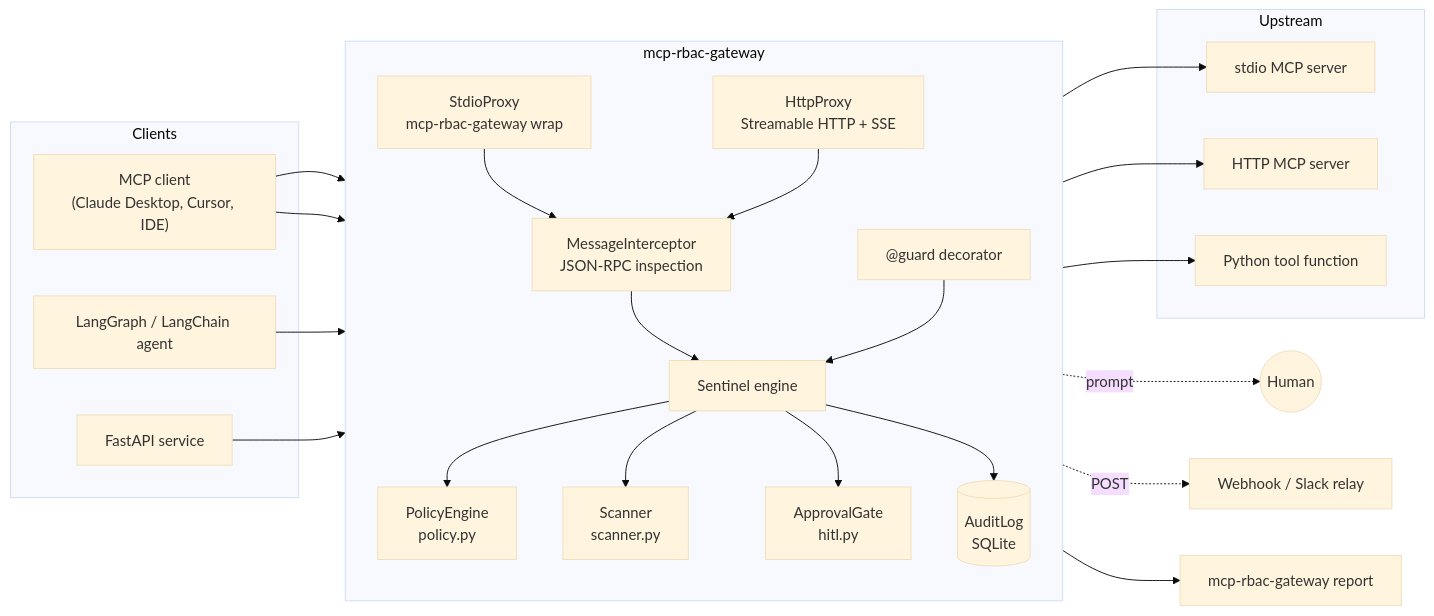
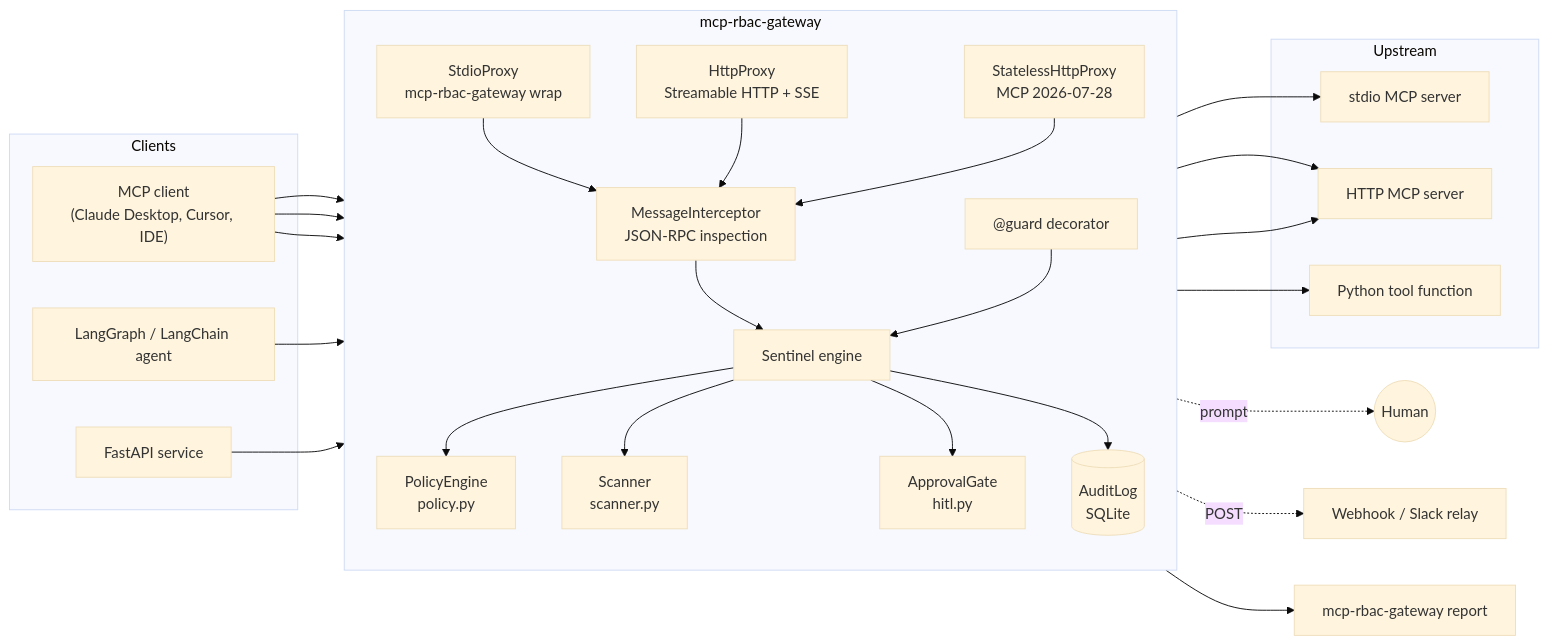
The first of 3 diagrams in README.md (pavankalyan-Maturi/mcp-rbac-gateway), drawn with Mermaid (base theme) before and after one commit. The commit also changed other lines of this file and 16 other files, not shown here.

First line of the commit message:
Add stateless MCP 2026-07-28 support (v0.2.0)

````diff
--- a/README.md
+++ b/README.md
@@ -161,43 +166,46 @@
 ```mermaid
 flowchart LR
     subgraph Clients
         A1["MCP client<br/>(Claude Desktop, Cursor, IDE)"]
         A2["LangGraph / LangChain agent"]
         A3["FastAPI service"]
     end
 
     subgraph Sentinel["mcp-rbac-gateway"]
         direction TB
         T1["StdioProxy<br/>mcp-rbac-gateway wrap"]
         T2["HttpProxy<br/>Streamable HTTP + SSE"]
+        T4["StatelessHttpProxy<br/>MCP 2026-07-28"]
         T3["@guard decorator"]
         I["MessageInterceptor<br/>JSON-RPC inspection"]
         S["Sentinel engine"]
         P["PolicyEngine<br/>policy.py"]
         SC["Scanner<br/>scanner.py"]
         H["ApprovalGate<br/>hitl.py"]
         AU[("AuditLog<br/>SQLite")]
         T1 --> I
         T2 --> I
+        T4 --> I
         I --> S
         T3 --> S
         S --> P
         S --> SC
         S --> H
         S --> AU
     end
 
     subgraph Upstream
         U1["stdio MCP server"]
         U2["HTTP MCP server"]
         U3["Python tool function"]
     end
 
     A1 --> T1 --> U1
     A1 --> T2 --> U2
+    A1 --> T4 --> U2
     A2 --> T3 --> U3
     A3 --> T3
     H -.->|"prompt"| Human(("Human"))
     H -.->|"POST"| W["Webhook / Slack relay"]
     AU --> R["mcp-rbac-gateway report"]
 ```
````
